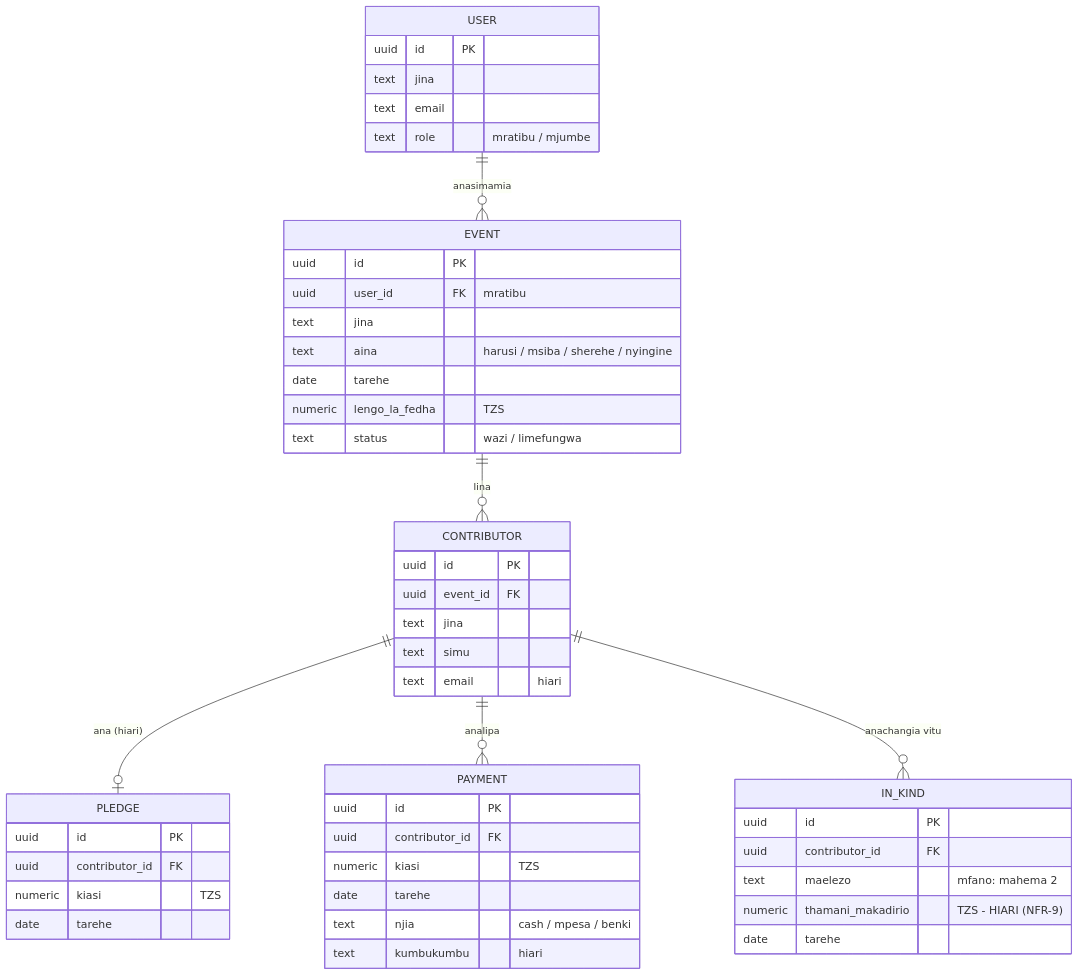
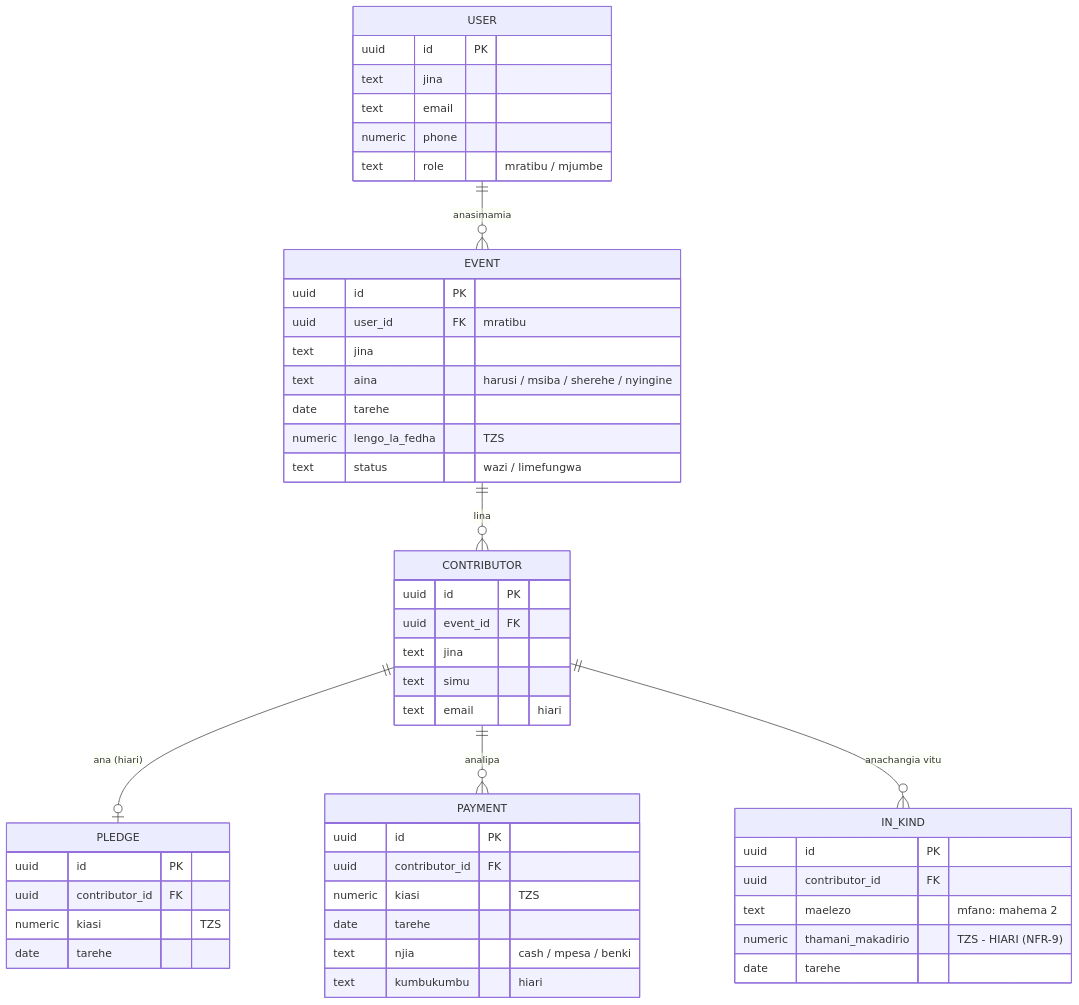
Before and after one commit to TDC-Global-Tehama/mchango-manager: the diagram in docs/03-design/erd.md, drawn with Mermaid. The commit also changed other lines of this file and 3 other files, not shown here.

````diff
--- a/docs/03-design/erd.md
+++ b/docs/03-design/erd.md
@@ -7,57 +7,58 @@
 ```mermaid
 erDiagram
     USER ||--o{ EVENT : "anasimamia"
     EVENT ||--o{ CONTRIBUTOR : "lina"
     CONTRIBUTOR ||--o| PLEDGE : "ana (hiari)"
     CONTRIBUTOR ||--o{ PAYMENT : "analipa"
     CONTRIBUTOR ||--o{ IN_KIND : "anachangia vitu"
 
     USER {
         uuid id PK
         text jina
         text email
+        numeric phone
         text role "mratibu / mjumbe"
     }
 
     EVENT {
         uuid id PK
         uuid user_id FK "mratibu"
         text jina
         text aina "harusi / msiba / sherehe / nyingine"
         date tarehe
         numeric lengo_la_fedha "TZS"
         text status "wazi / limefungwa"
     }
 
     CONTRIBUTOR {
         uuid id PK
         uuid event_id FK
         text jina
         text simu
         text email "hiari"
     }
 
     PLEDGE {
         uuid id PK
         uuid contributor_id FK
         numeric kiasi "TZS"
         date tarehe
     }
 
     PAYMENT {
         uuid id PK
         uuid contributor_id FK
         numeric kiasi "TZS"
         date tarehe
         text njia "cash / mpesa / benki"
         text kumbukumbu "hiari"
     }
 
     IN_KIND {
         uuid id PK
         uuid contributor_id FK
         text maelezo "mfano: mahema 2"
         numeric thamani_makadirio "TZS - HIARI (NFR-9)"
         date tarehe
     }
 ```
````
